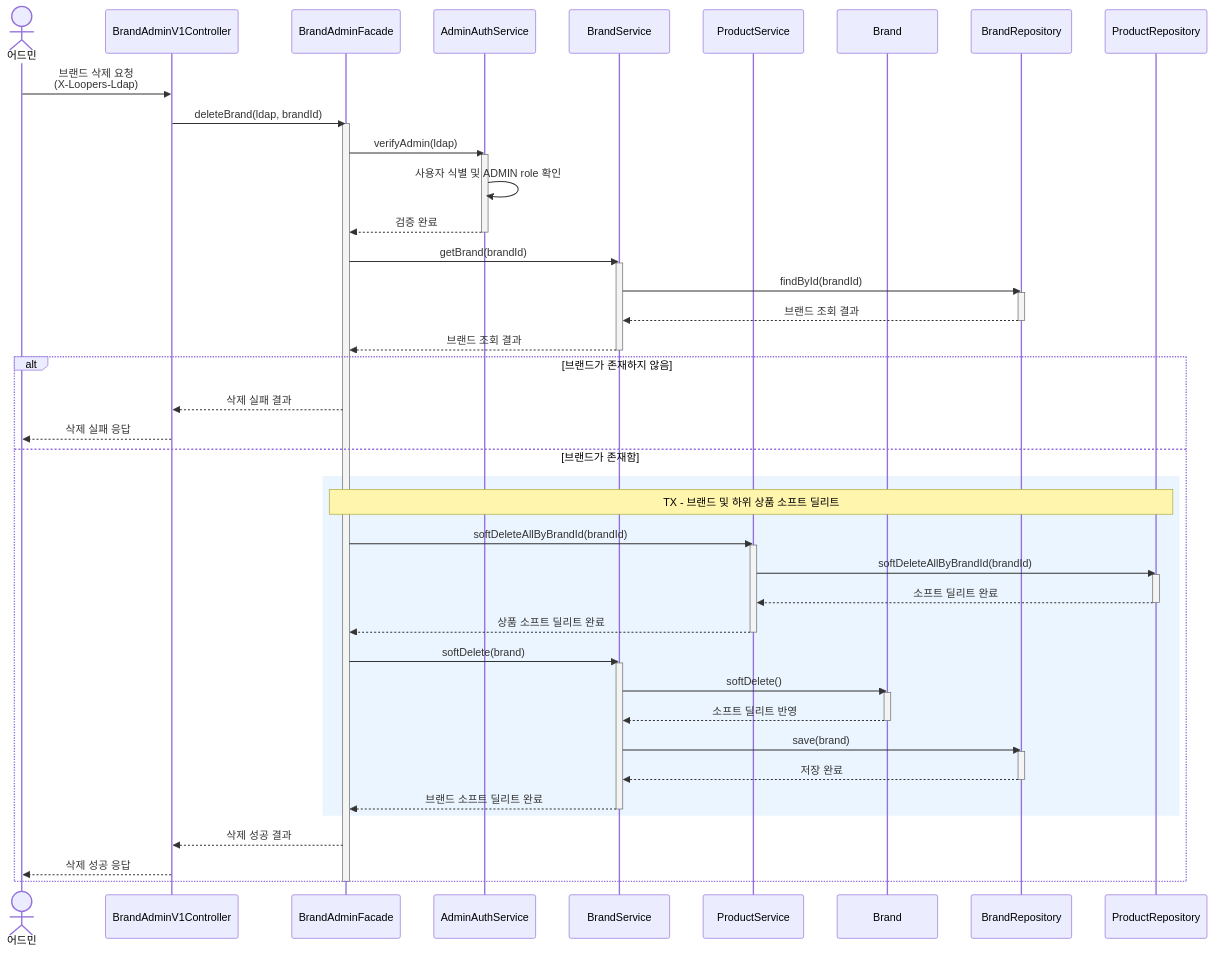
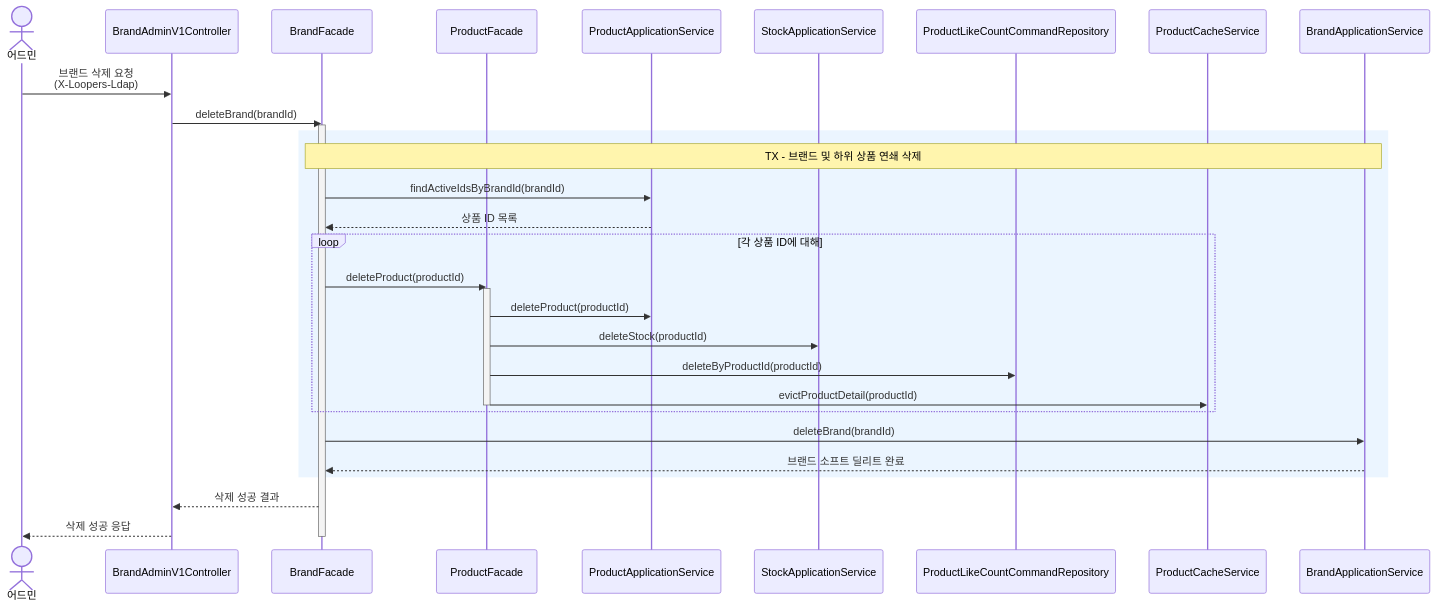
The seventh of 7 diagrams in docs/week2/02-sequence-diagrams.md (loopers-labs/loop-pack-be-l2-vol4-kotlin), drawn with Mermaid before and after one commit. The commit also changed other lines of this file and 3 other files, not shown here.

````diff
--- a/docs/week2/02-sequence-diagrams.md
+++ b/docs/week2/02-sequence-diagrams.md
@@ -371,65 +373,39 @@
 ```mermaid
 sequenceDiagram
     actor Admin as 어드민
     participant Controller as BrandAdminV1Controller
-    participant Facade as BrandAdminFacade
-    participant AdminAuth as AdminAuthService
-    participant BrandService as BrandService
-    participant ProductService as ProductService
-    participant Brand as Brand
-    participant BrandRepository as BrandRepository
-    participant ProductRepository as ProductRepository
+    participant BrandFacade as BrandFacade
+    participant ProductFacade as ProductFacade
+    participant ProductService as ProductApplicationService
+    participant StockService as StockApplicationService
+    participant LikeCountRepo as ProductLikeCountCommandRepository
+    participant CacheService as ProductCacheService
+    participant BrandService as BrandApplicationService
 
     Admin->>Controller: 브랜드 삭제 요청<br/>(X-Loopers-Ldap)
-    Controller->>Facade: deleteBrand(ldap, brandId)
-    activate Facade
+    Controller->>BrandFacade: deleteBrand(brandId)
+    activate BrandFacade
 
-    Facade->>AdminAuth: verifyAdmin(ldap)
-    activate AdminAuth
-    AdminAuth->>AdminAuth: 사용자 식별 및 ADMIN role 확인
-    AdminAuth-->>Facade: 검증 완료
-    deactivate AdminAuth
+    rect rgb(235, 245, 255)
+        Note over BrandFacade,BrandService: TX - 브랜드 및 하위 상품 연쇄 삭제
+        BrandFacade->>ProductService: findActiveIdsByBrandId(brandId)
+        ProductService-->>BrandFacade: 상품 ID 목록
 
-    Facade->>BrandService: getBrand(brandId)
-    activate BrandService
-    BrandService->>BrandRepository: findById(brandId)
-    activate BrandRepository
-    BrandRepository-->>BrandService: 브랜드 조회 결과
-    deactivate BrandRepository
-    BrandService-->>Facade: 브랜드 조회 결과
-    deactivate BrandService
-
-    alt 브랜드가 존재하지 않음
-        Facade-->>Controller: 삭제 실패 결과
-        Controller-->>Admin: 삭제 실패 응답
-    else 브랜드가 존재함
-        rect rgb(235, 245, 255)
-            Note over Facade,ProductRepository: TX - 브랜드 및 하위 상품 소프트 딜리트
-            Facade->>ProductService: softDeleteAllByBrandId(brandId)
-            activate ProductService
-            ProductService->>ProductRepository: softDeleteAllByBrandId(brandId)
-            activate ProductRepository
-            ProductRepository-->>ProductService: 소프트 딜리트 완료
-            deactivate ProductRepository
-            ProductService-->>Facade: 상품 소프트 딜리트 완료
-            deactivate ProductService
-
-            Facade->>BrandService: softDelete(brand)
-            activate BrandService
-            BrandService->>Brand: softDelete()
-            activate Brand
-            Brand-->>BrandService: 소프트 딜리트 반영
-            deactivate Brand
-            BrandService->>BrandRepository: save(brand)
-            activate BrandRepository
-            BrandRepository-->>BrandService: 저장 완료
-            deactivate BrandRepository
-            BrandService-->>Facade: 브랜드 소프트 딜리트 완료
-            deactivate BrandService
+        loop 각 상품 ID에 대해
+            BrandFacade->>ProductFacade: deleteProduct(productId)
+            activate ProductFacade
+            ProductFacade->>ProductService: deleteProduct(productId)
+            ProductFacade->>StockService: deleteStock(productId)
+            ProductFacade->>LikeCountRepo: deleteByProductId(productId)
+            ProductFacade->>CacheService: evictProductDetail(productId)
+            deactivate ProductFacade
         end
 
-        Facade-->>Controller: 삭제 성공 결과
-        Controller-->>Admin: 삭제 성공 응답
+        BrandFacade->>BrandService: deleteBrand(brandId)
+        BrandService-->>BrandFacade: 브랜드 소프트 딜리트 완료
     end
-    deactivate Facade
+
+    BrandFacade-->>Controller: 삭제 성공 결과
+    Controller-->>Admin: 삭제 성공 응답
+    deactivate BrandFacade
 ```
````
